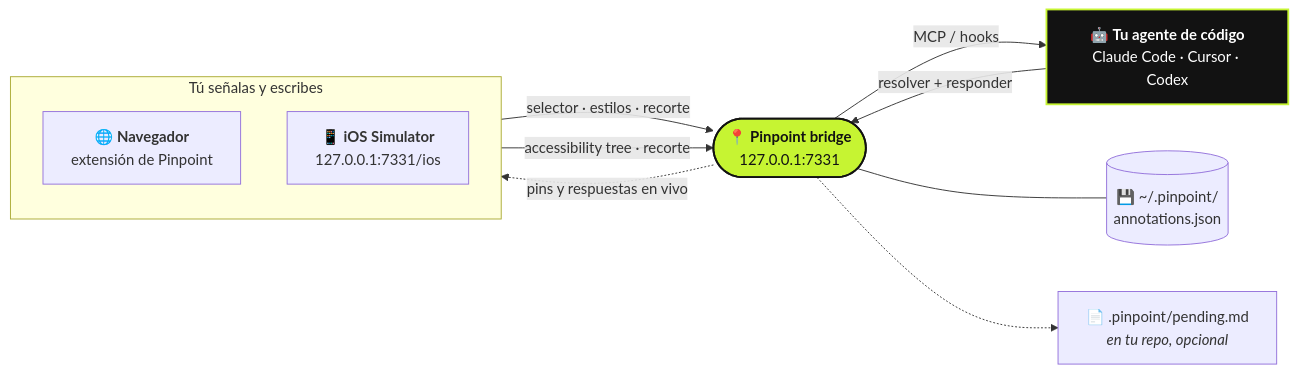
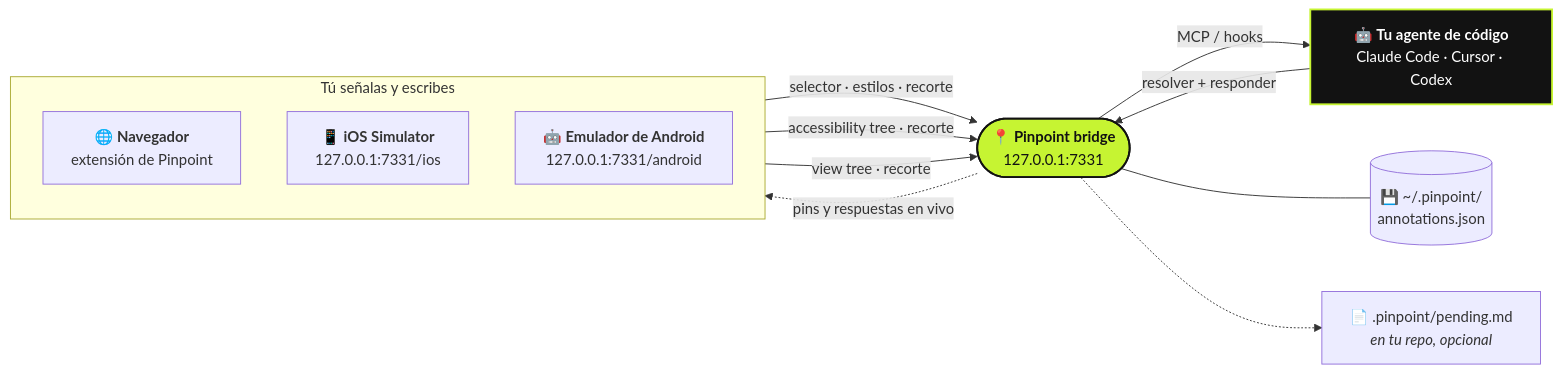
Before and after one commit to gowtham012/PinPoint: the diagram in docs/i18n/README.es.md, drawn with Mermaid. The commit also changed other lines of this file and 16 other files, not shown here.

````diff
--- a/docs/i18n/README.es.md
+++ b/docs/i18n/README.es.md
@@ -51,25 +52,27 @@
 ```mermaid
 flowchart LR
   subgraph you [" Tú señalas y escribes "]
     direction TB
     B["🌐 <b>Navegador</b><br/>extensión de Pinpoint"]
     S["📱 <b>iOS Simulator</b><br/>127.0.0.1:7331/ios"]
+    AN["🤖 <b>Emulador de Android</b><br/>127.0.0.1:7331/android"]
   end
   BR(["📍 <b>Pinpoint bridge</b><br/>127.0.0.1:7331"])
   ST[("💾 ~/.pinpoint/<br/>annotations.json")]
   F["📄 .pinpoint/pending.md<br/><i>en tu repo, opcional</i>"]
   A["🤖 <b>Tu agente de código</b><br/>Claude Code · Cursor · Codex"]
 
   B -- "selector · estilos · recorte" --> BR
   S -- "accessibility tree · recorte" --> BR
+  AN -- "view tree · recorte" --> BR
   BR -- "MCP / hooks" --> A
   A -- "resolver + responder" --> BR
   BR -. "pins y respuestas en vivo" .-> B
   BR --- ST
   BR -.-> F
 
   classDef bridge fill:#c6f432,stroke:#121212,stroke-width:2px,color:#121212
   classDef agent fill:#121212,stroke:#c6f432,stroke-width:2px,color:#ffffff
   class BR bridge
   class A agent
 ```
````
